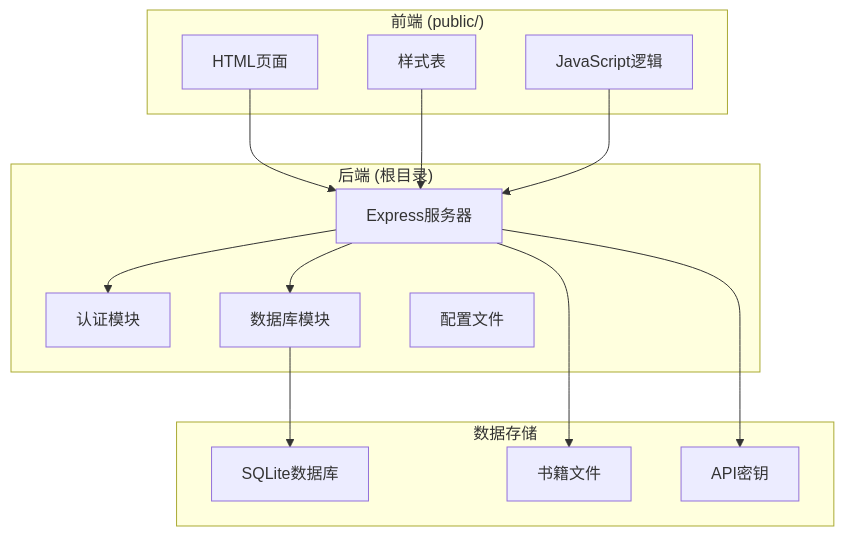
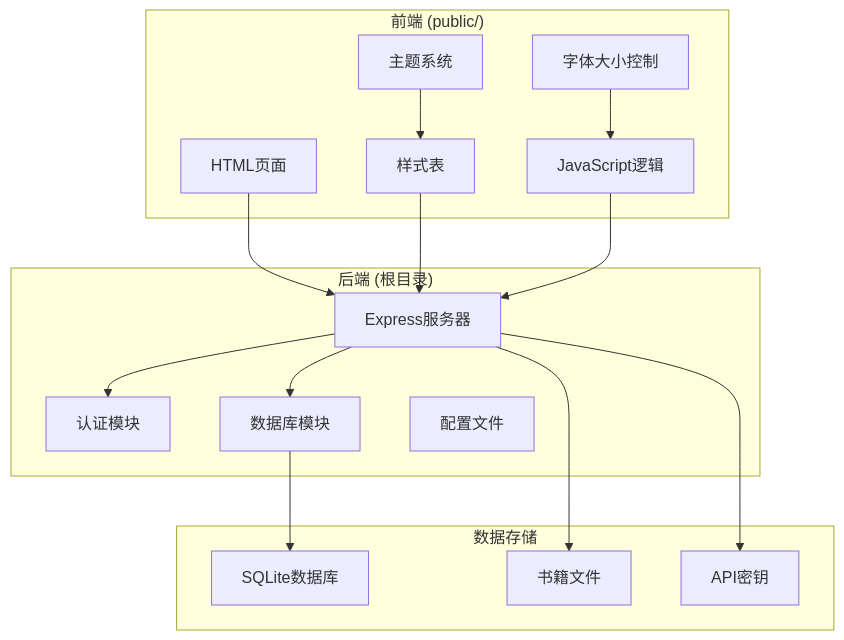
Before and after one commit to 1431529361/aread: the first of 10 diagrams in .qoder/repowiki/zh/content/用户指南/AI 功能.md, drawn with Mermaid. The commit also changed other lines of this file and 32 other files, not shown here.

````diff
--- a/.qoder/repowiki/zh/content/用户指南/AI 功能.md
+++ b/.qoder/repowiki/zh/content/用户指南/AI 功能.md
@@ -40,27 +50,31 @@
 ```mermaid
 graph TB
 subgraph "前端 (public/)"
 HTML[HTML页面]
 CSS[样式表]
 JS[JavaScript逻辑]
+THEME[主题系统]
+FONTSIZE[字体大小控制]
 end
 subgraph "后端 (根目录)"
 Server[Express服务器]
 Auth[认证模块]
 DB[数据库模块]
 Config[配置文件]
 end
 subgraph "数据存储"
 SQLite[SQLite数据库]
 Books[书籍文件]
 Keys[API密钥]
 end
 HTML --> Server
 CSS --> Server
 JS --> Server
+THEME --> CSS
+FONTSIZE --> JS
 Server --> Auth
 Server --> DB
 DB --> SQLite
 Server --> Books
 Server --> Keys
 ```
````
